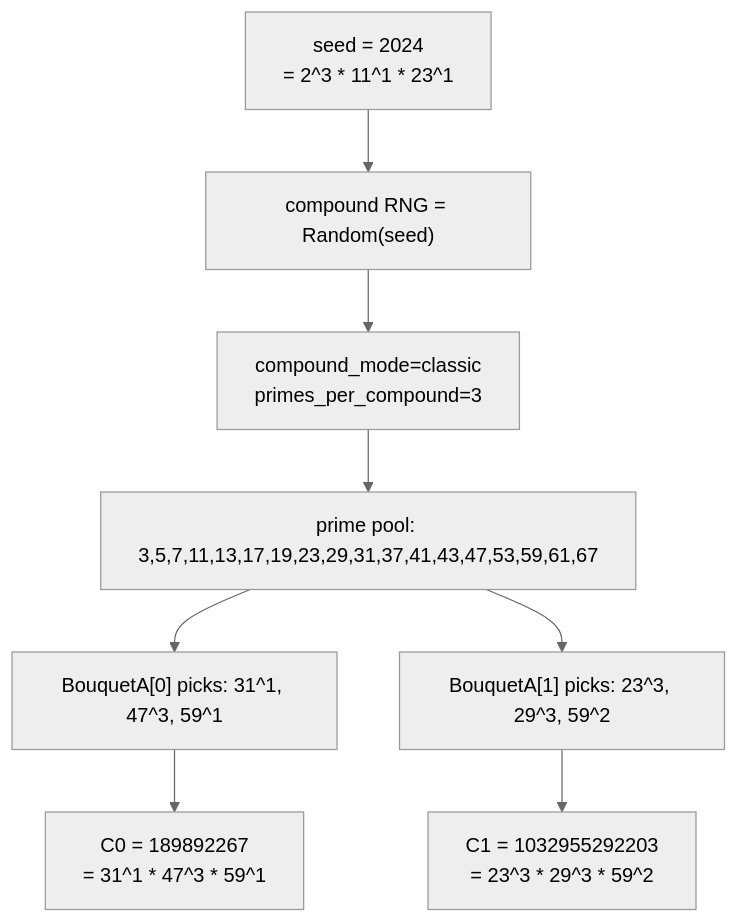
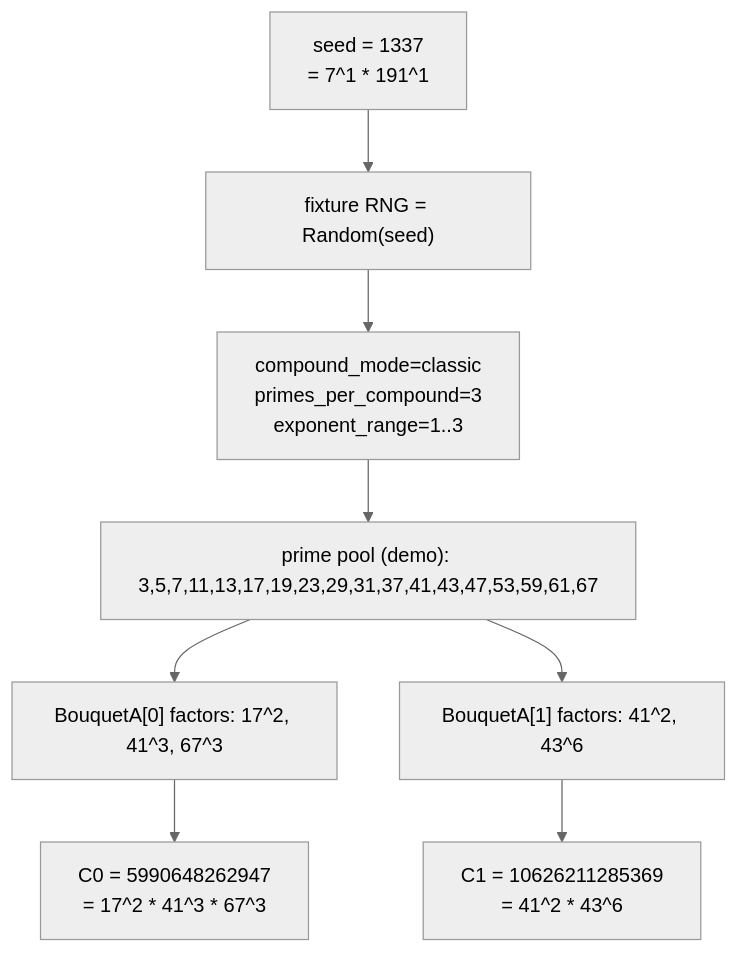
Before and after one commit to cekkr/phaselane-algorithm: the fourth of 11 diagrams in papers/main-paper.md, drawn with Mermaid. The commit also changed other lines of this file, not shown here.

````diff
--- a/papers/main-paper.md
+++ b/papers/main-paper.md
@@ -154,11 +178,11 @@
 ```mermaid
 %%{init: {"theme":"neutral","flowchart":{"curve":"basis"}} }%%
 flowchart TD
-  Seed2024["seed = 2024<br/>= 2^3 * 11^1 * 23^1"] --> Rng2024["compound RNG = Random(seed)"]
-  Rng2024 --> Cfg2024["compound_mode=classic<br/>primes_per_compound=3"]
-  Cfg2024 --> Pool2024["prime pool: 3,5,7,11,13,17,19,23,29,31,37,41,43,47,53,59,61,67"]
-  Pool2024 --> PicksA0["BouquetA[0] picks: 31^1, 47^3, 59^1"]
-  PicksA0 --> C0["C0 = 189892267<br/>= 31^1 * 47^3 * 59^1"]
-  Pool2024 --> PicksA1["BouquetA[1] picks: 23^3, 29^3, 59^2"]
-  PicksA1 --> C1["C1 = 1032955292203<br/>= 23^3 * 29^3 * 59^2"]
+  Seed1337b["seed = 1337<br/>= 7^1 * 191^1"] --> FixRng1337["fixture RNG = Random(seed)"]
+  FixRng1337 --> Cfg1337["compound_mode=classic<br/>primes_per_compound=3<br/>exponent_range=1..3"]
+  Cfg1337 --> Pool1337["prime pool (demo): 3,5,7,11,13,17,19,23,29,31,37,41,43,47,53,59,61,67"]
+  Pool1337 --> PicksA0["BouquetA[0] factors: 17^2, 41^3, 67^3"]
+  PicksA0 --> C0["C0 = 5990648262947<br/>= 17^2 * 41^3 * 67^3"]
+  Pool1337 --> PicksA1["BouquetA[1] factors: 41^2, 43^6"]
+  PicksA1 --> C1["C1 = 10626211285369<br/>= 41^2 * 43^6"]
 ```
````
